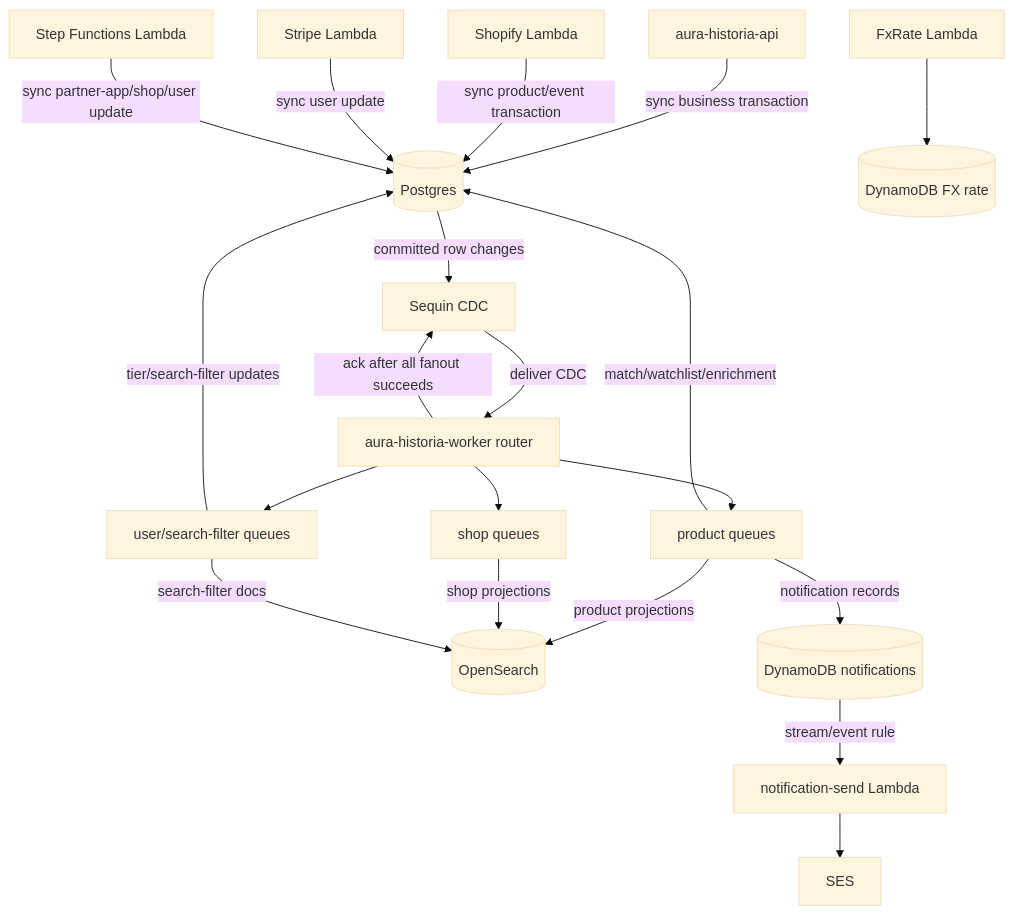
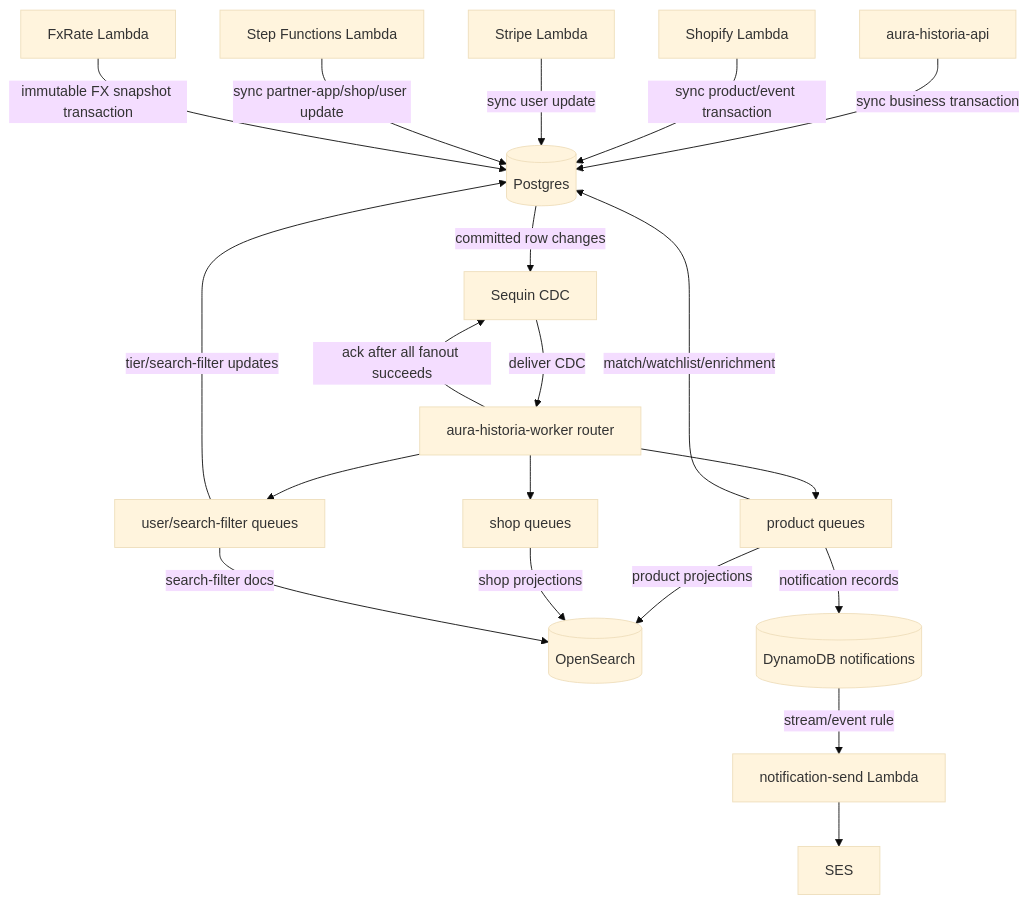
The first of 2 diagrams in docs/events/flow.md (aura-historia/backend), drawn with Mermaid (base theme) before and after one commit. The commit also changed other lines of this file and 59 other files, not shown here.

````diff
--- a/docs/events/flow.md
+++ b/docs/events/flow.md
@@ -28,44 +28,43 @@
 ```mermaid
 flowchart TD
     API["aura-historia-api"]
     SHOPIFY["Shopify Lambda"]
     STRIPE["Stripe Lambda"]
     SFN["Step Functions Lambda"]
     PG[(Postgres)]
     SEQ["Sequin CDC"]
     ROUTER["aura-historia-worker router"]
     PQ["product queues"]
     SQ["shop queues"]
     UFQ["user/search-filter queues"]
     OS[(OpenSearch)]
     DDBN[(DynamoDB notifications)]
     SEND["notification-send Lambda"]
     SES["SES"]
     FX["FxRate Lambda"]
-    DDBFX[(DynamoDB FX rate)]
 
     API -->|"sync business transaction"| PG
     SHOPIFY -->|"sync product/event transaction"| PG
     STRIPE -->|"sync user update"| PG
     SFN -->|"sync partner-app/shop/user update"| PG
 
     PG -->|"committed row changes"| SEQ
     SEQ -->|"deliver CDC"| ROUTER
     ROUTER -->|"ack after all fanout succeeds"| SEQ
 
     ROUTER --> PQ
     ROUTER --> SQ
     ROUTER --> UFQ
 
     PQ -->|"product projections"| OS
     PQ -->|"match/watchlist/enrichment"| PG
     PQ -->|"notification records"| DDBN
     SQ -->|"shop projections"| OS
     UFQ -->|"search-filter docs"| OS
     UFQ -->|"tier/search-filter updates"| PG
 
     DDBN -->|"stream/event rule"| SEND
     SEND --> SES
 
-    FX --> DDBFX
+    FX -->|"immutable FX snapshot transaction"| PG
 ```
````
